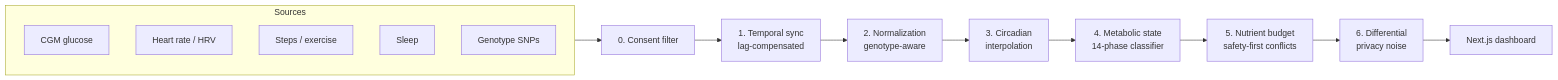
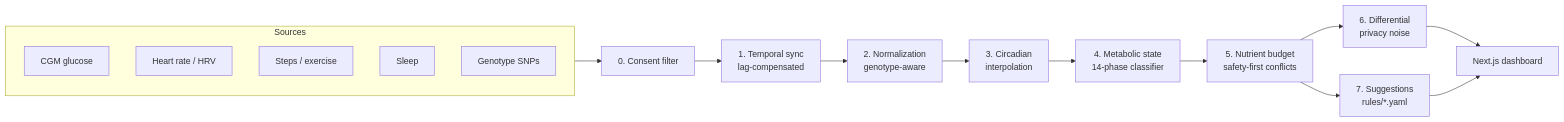
The diagram in README.md (deokhwajeong/BioAI-Nutrition), drawn with Mermaid before and after one commit. The commit also changed other lines of this file and 51 other files, not shown here.

````diff
--- a/README.md
+++ b/README.md
@@ -39,18 +37,20 @@
 ```mermaid
 flowchart LR
     subgraph Sources
         CGM[CGM glucose]
         HR[Heart rate / HRV]
         ACT[Steps / exercise]
         SLP[Sleep]
         GEN[Genotype SNPs]
     end
     Sources --> C[0. Consent filter]
     C --> S[1. Temporal sync<br/>lag-compensated]
     S --> N[2. Normalization<br/>genotype-aware]
     N --> I[3. Circadian<br/>interpolation]
     I --> M[4. Metabolic state<br/>14-phase classifier]
     M --> B[5. Nutrient budget<br/>safety-first conflicts]
     B --> P[6. Differential<br/>privacy noise]
+    B --> R[7. Suggestions<br/>rules/*.yaml]
     P --> UI[Next.js dashboard]
+    R --> UI
 ```
````
